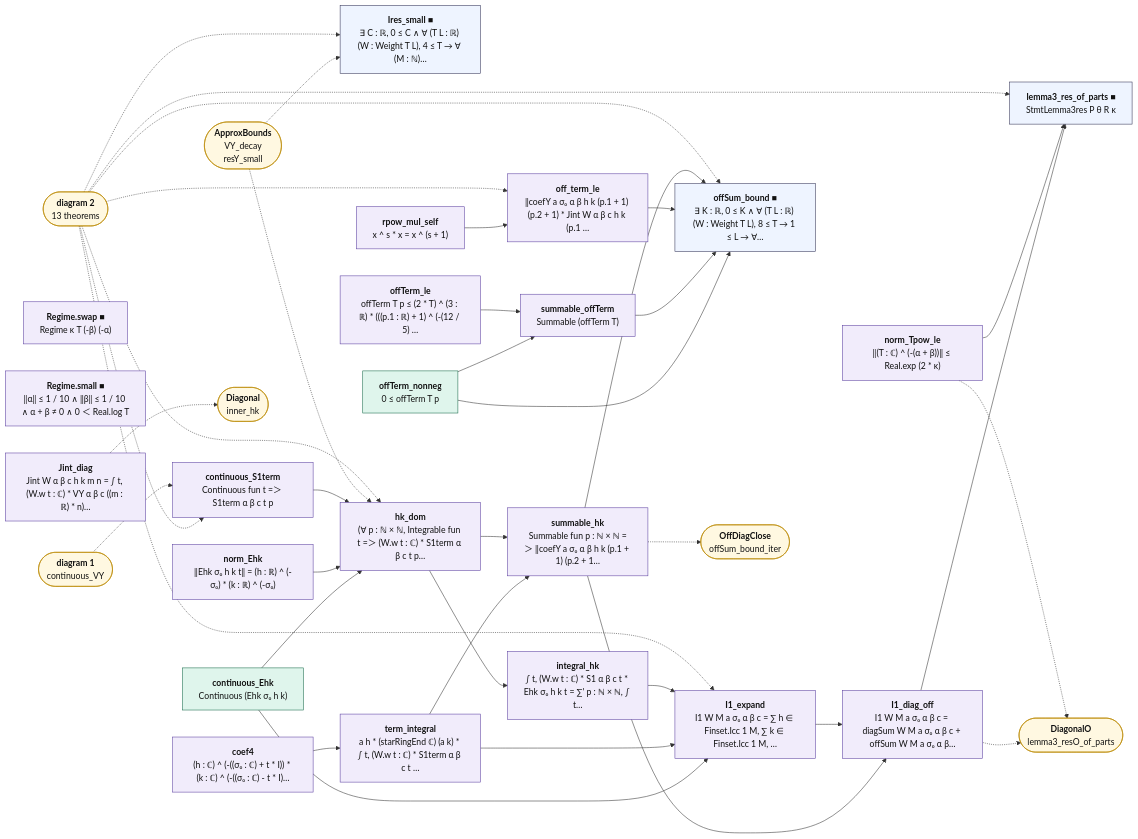
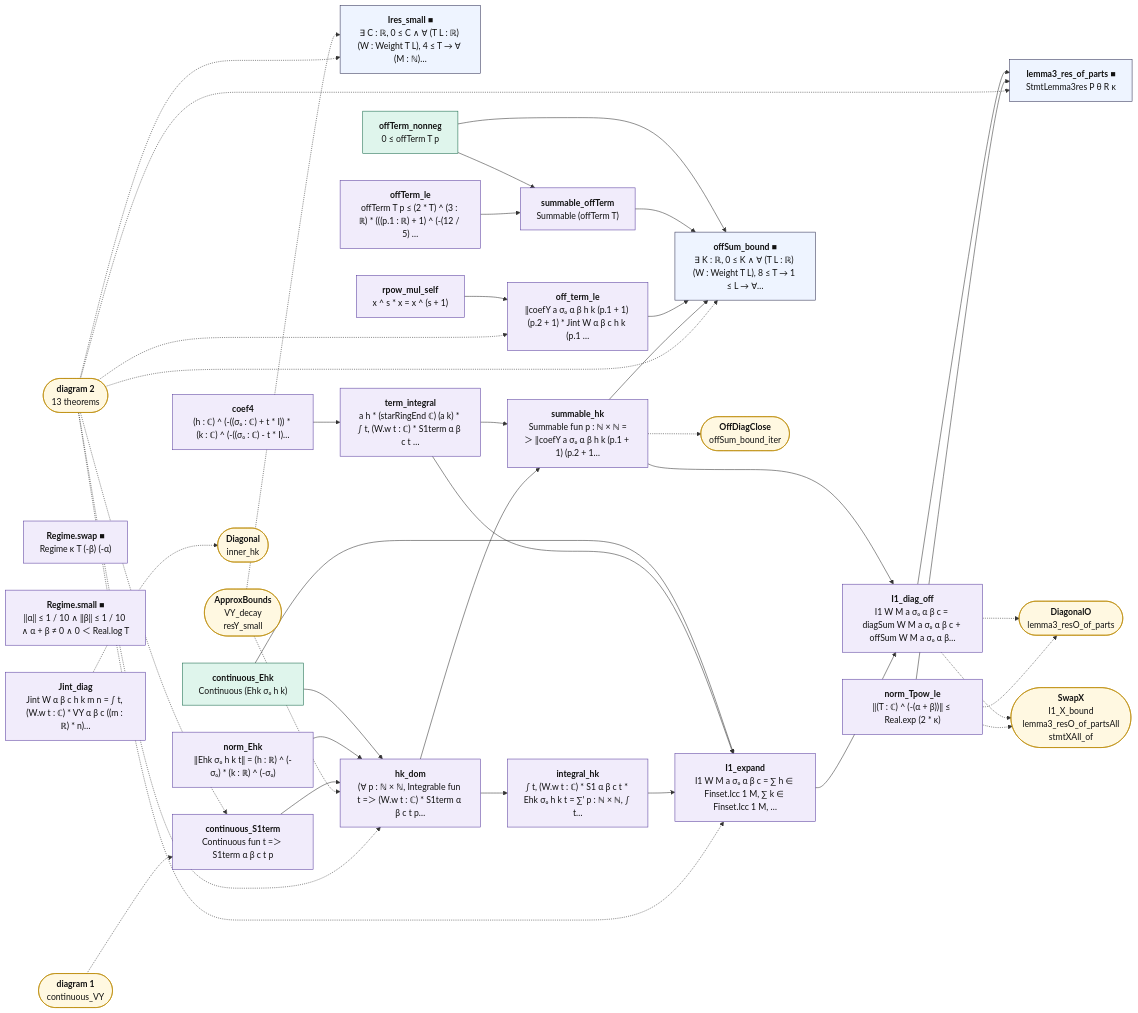
The diagram in map/lean_stage3/TwistedMoment.3.mmd (juliansambranojr/Primebeat_081426), drawn with Mermaid before and after one commit. The commit also changed 25 other files, not shown here.

```diff
--- a/map/lean_stage3/TwistedMoment.3.mmd
+++ b/map/lean_stage3/TwistedMoment.3.mmd
@@ -1,72 +1,75 @@
 flowchart LR
   n0["<b>Ires_small ■</b><br/>∃ C : ℝ, 0 ≤ C ∧ ∀ (T L : ℝ) (W : Weight T L), 4 ≤ T → ∀ (M : ℕ)…"]:::thm
   n1["<b>coef4</b><br/>(h : ℂ) ^ (-((σ₀ : ℂ) + t * I)) * (k : ℂ) ^ (-((σ₀ : ℂ) - t * I)…"]:::shp
   n2["<b>continuous_Ehk</b><br/>Continuous (Ehk σ₀ h k)"]:::cnt
   n3["<b>norm_Ehk</b><br/>‖Ehk σ₀ h k t‖ = (h : ℝ) ^ (-σ₀) * (k : ℝ) ^ (-σ₀)"]:::shp
   n4["<b>term_integral</b><br/>a h * (starRingEnd ℂ) (a k) * ∫ t, (W.w t : ℂ) * S1term α β c t …"]:::shp
   n5["<b>continuous_S1term</b><br/>Continuous fun t =＞ S1term α β c t p"]:::shp
   n6["<b>hk_dom</b><br/>(∀ p : ℕ × ℕ, Integrable fun t =＞ (W.w t : ℂ) * S1term α β c t p…"]:::shp
   n7["<b>integral_hk</b><br/>∫ t, (W.w t : ℂ) * S1 α β c t * Ehk σ₀ h k t = ∑' p : ℕ × ℕ, ∫ t…"]:::shp
   n8["<b>summable_hk</b><br/>Summable fun p : ℕ × ℕ =＞ ‖coefY a σ₀ α β h k (p.1 + 1) (p.2 + 1…"]:::shp
   n9["<b>I1_expand</b><br/>I1 W M a σ₀ α β c = ∑ h ∈ Finset.Icc 1 M, ∑ k ∈ Finset.Icc 1 M, …"]:::shp
   n10["<b>Jint_diag</b><br/>Jint W α β c h k m n = ∫ t, (W.w t : ℂ) * VY α β c ((m : ℝ) * n)…"]:::shp
   n11["<b>I1_diag_off</b><br/>I1 W M a σ₀ α β c = diagSum W M a σ₀ α β c + offSum W M a σ₀ α β…"]:::shp
   n12["<b>offTerm_nonneg</b><br/>0 ≤ offTerm T p"]:::cnt
   n13["<b>offTerm_le</b><br/>offTerm T p ≤ (2 * T) ^ (3 : ℝ) * (((p.1 : ℝ) + 1) ^ (-(12 / 5) …"]:::shp
   n14["<b>summable_offTerm</b><br/>Summable (offTerm T)"]:::shp
   n15["<b>rpow_mul_self</b><br/>x ^ s * x = x ^ (s + 1)"]:::shp
   n16["<b>off_term_le</b><br/>‖coefY a σ₀ α β h k (p.1 + 1) (p.2 + 1) * Jint W α β c h k (p.1 …"]:::shp
   n17["<b>offSum_bound ■</b><br/>∃ K : ℝ, 0 ≤ K ∧ ∀ (T L : ℝ) (W : Weight T L), 8 ≤ T → 1 ≤ L → ∀…"]:::thm
   n18["<b>Regime.swap ■</b><br/>Regime κ T (-β) (-α)"]:::shp
   n19["<b>Regime.small ■</b><br/>‖α‖ ≤ 1 / 10 ∧ ‖β‖ ≤ 1 / 10 ∧ α + β ≠ 0 ∧ 0 ＜ Real.log T"]:::shp
   n20["<b>norm_Tpow_le</b><br/>‖(T : ℂ) ^ (-(α + β))‖ ≤ Real.exp (2 * κ)"]:::shp
   n21["<b>lemma3_res_of_parts ■</b><br/>StmtLemma3res P θ R κ"]:::thm
   x0(["<b>ApproxBounds</b><br/>VY_decay<br/>resY_small"]):::ext
   x1(["<b>diagram 2</b><br/>13 theorems"]):::ext
   x2(["<b>diagram 1</b><br/>continuous_VY"]):::ext
   x3(["<b>OffDiagClose</b><br/>offSum_bound_iter"]):::ext
   x4(["<b>Diagonal</b><br/>inner_hk"]):::ext
   x5(["<b>DiagonalO</b><br/>lemma3_resO_of_parts"]):::ext
+  x6(["<b>SwapX</b><br/>I1_X_bound<br/>lemma3_resO_of_partsAll<br/>stmtXAll_of"]):::ext
   n1 --> n4
   n11 --> n21
   n12 --> n14
   n12 --> n17
   n13 --> n14
   n14 --> n17
   n15 --> n16
   n16 --> n17
   n2 --> n6
   n2 --> n9
   n20 --> n21
   n3 --> n6
   n4 --> n8
   n4 --> n9
   n5 --> n6
   n6 --> n7
   n6 --> n8
   n7 --> n9
   n8 --> n11
   n8 --> n17
   n9 --> n11
   n10 -.-> x4
   n11 -.-> x5
+  n11 -.-> x6
   n20 -.-> x5
+  n20 -.-> x6
   n8 -.-> x3
   x0 -.-> n0
   x0 -.-> n6
   x1 -.-> n0
   x1 -.-> n16
   x1 -.-> n17
   x1 -.-> n21
   x1 -.-> n5
   x1 -.-> n6
   x1 -.-> n9
   x2 -.-> n5
   classDef cnt fill:#dff5ec,stroke:#17694a,color:#111
   classDef shp fill:#f1ecfb,stroke:#5b3fa0,color:#111
   classDef rh fill:#ffe5e5,stroke:#c22,color:#111,stroke-width:2px
   classDef thm fill:#eef4ff,stroke:#335,color:#111
   classDef end_ fill:#e7f7e7,stroke:#2a7,color:#111,stroke-width:2px
   classDef lone fill:#fff,stroke:#999,color:#111,stroke-dasharray:4 3
   classDef bad fill:#ffe5e5,stroke:#c22,color:#111,stroke-width:2px
   classDef ext fill:#fff8e1,stroke:#b80,color:#111
```
